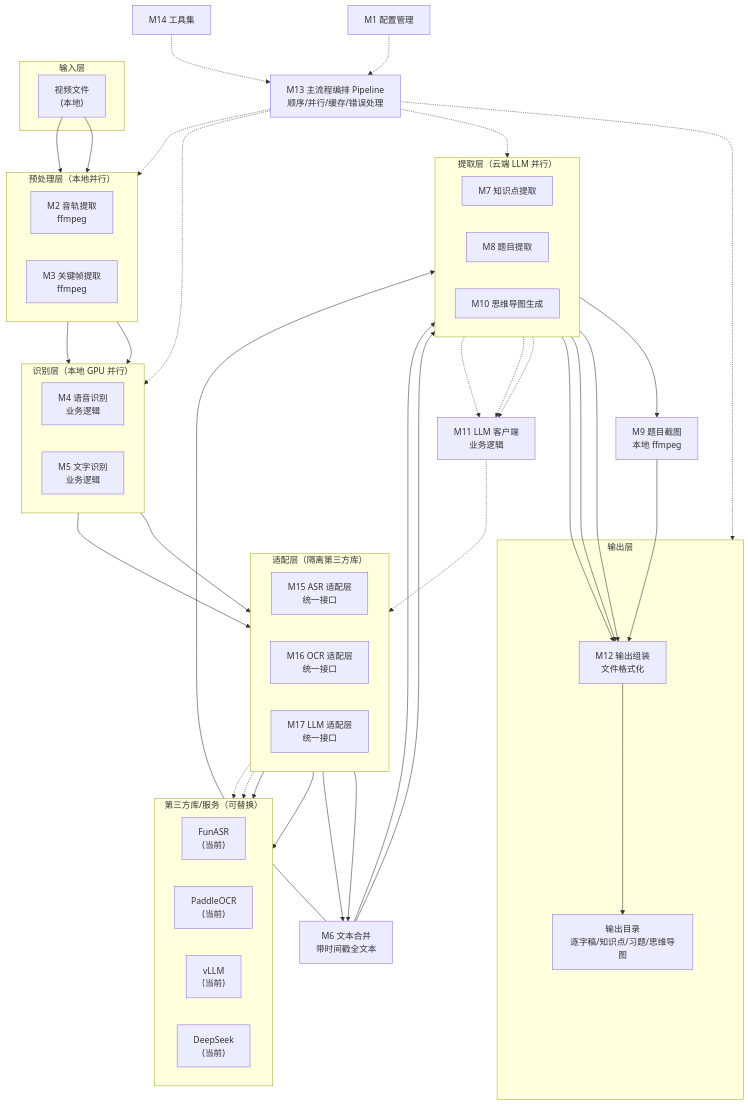
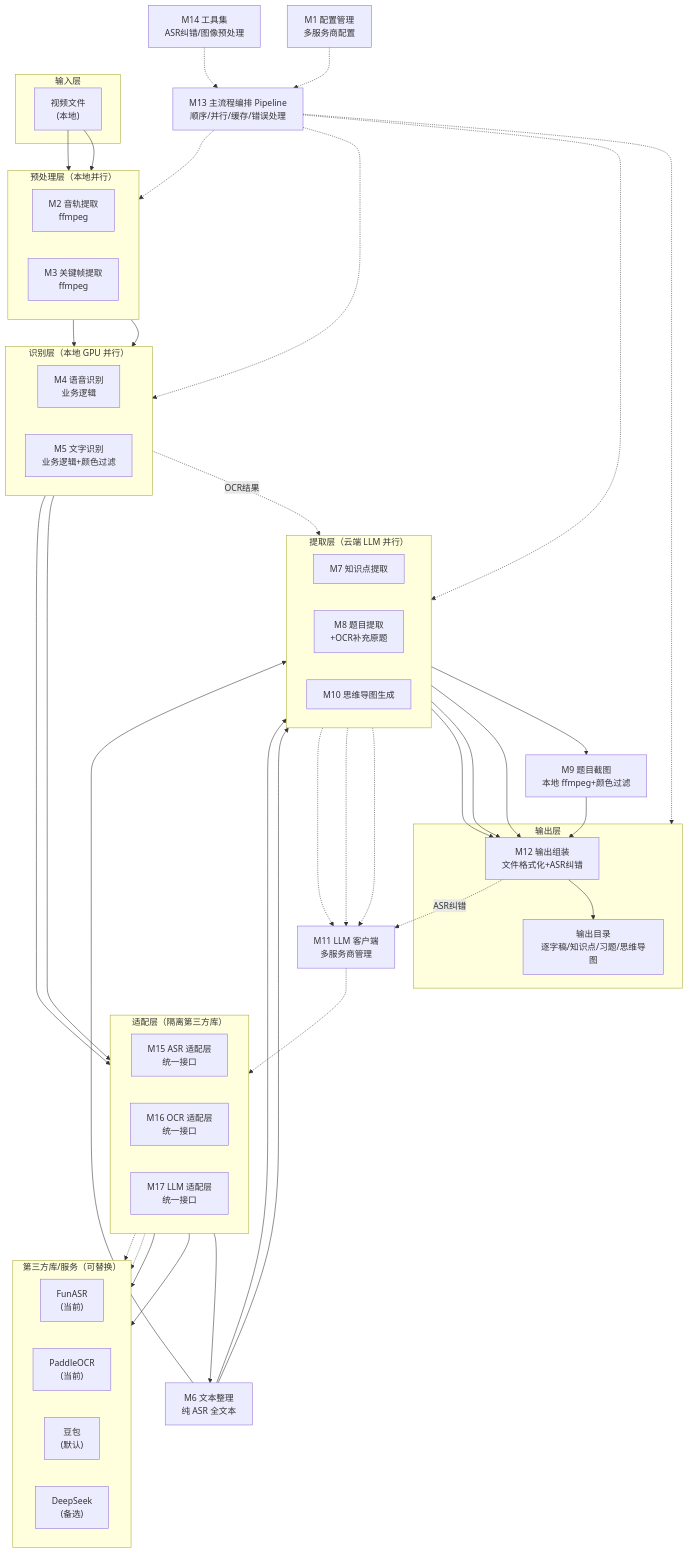
Before and after one commit to toddhuang/lesson-digest: the first of 3 diagrams in Document/开发文档/02_架构设计.md, drawn with Mermaid. The commit also changed other lines of this file and 19 other files, not shown here.

```diff
--- a/Document/开发文档/02_架构设计.md
+++ b/Document/开发文档/02_架构设计.md
@@ -293,7 +309,7 @@
     subgraph Recognition["识别层（本地 GPU 并行）"]
         direction LR
         M4["M4 语音识别<br/>业务逻辑"]
-        M5["M5 文字识别<br/>业务逻辑"]
+        M5["M5 文字识别<br/>业务逻辑+颜色过滤"]
     end
 
     subgraph Adapter["适配层（隔离第三方库）"]
@@ -307,31 +323,31 @@
         direction LR
         FunASR["FunASR<br/>(当前)"]
         PaddleOCR["PaddleOCR<br/>(当前)"]
-        vLLM["vLLM<br/>(当前)"]
-        DeepSeek["DeepSeek<br/>(当前)"]
+        Volcengine["豆包<br/>(默认)"]
+        DeepSeek["DeepSeek<br/>(备选)"]
     end
 
-    M6["M6 文本合并<br/>带时间戳全文本"]
+    M6["M6 文本整理<br/>纯 ASR 全文本"]
 
     subgraph Extraction["提取层（云端 LLM 并行）"]
         direction LR
         M7["M7 知识点提取"]
-        M8["M8 题目提取"]
+        M8["M8 题目提取<br/>+OCR补充原题"]
         M10["M10 思维导图生成"]
     end
 
-    M9["M9 题目截图<br/>本地 ffmpeg"]
+    M9["M9 题目截图<br/>本地 ffmpeg+颜色过滤"]
 
-    M11["M11 LLM 客户端<br/>业务逻辑"]
+    M11["M11 LLM 客户端<br/>多服务商管理"]
 
     subgraph Output["输出层"]
-        M12["M12 输出组装<br/>文件格式化"]
+        M12["M12 输出组装<br/>文件格式化+ASR纠错"]
         OutDir["输出目录<br/>逐字稿/知识点/习题/思维导图"]
     end
 
     M13["M13 主流程编排 Pipeline<br/>顺序/并行/缓存/错误处理"]
-    M1["M1 配置管理"]
-    M14["M14 工具集"]
+    M1["M1 配置管理<br/>多服务商配置"]
+    M14["M14 工具集<br/>ASR纠错/图像预处理"]
 
     Video --> M2
     Video --> M3
@@ -342,10 +358,10 @@
     M15 --> FunASR
     M16 --> PaddleOCR
     M15 --> M6
-    M16 --> M6
     M6 --> M7
     M6 --> M8
     M6 --> M10
+    M5 -.->|OCR结果| M8
     M8 --> M9
     M7 --> M12
     M8 --> M12
@@ -356,8 +372,9 @@
     M7 -.-> M11
     M8 -.-> M11
     M10 -.-> M11
+    M12 -.->|ASR纠错| M11
     M11 -.-> M17
-    M17 -.-> vLLM
+    M17 -.-> Volcengine
     M17 -.-> DeepSeek
 
     M1 -.-> M13
```
